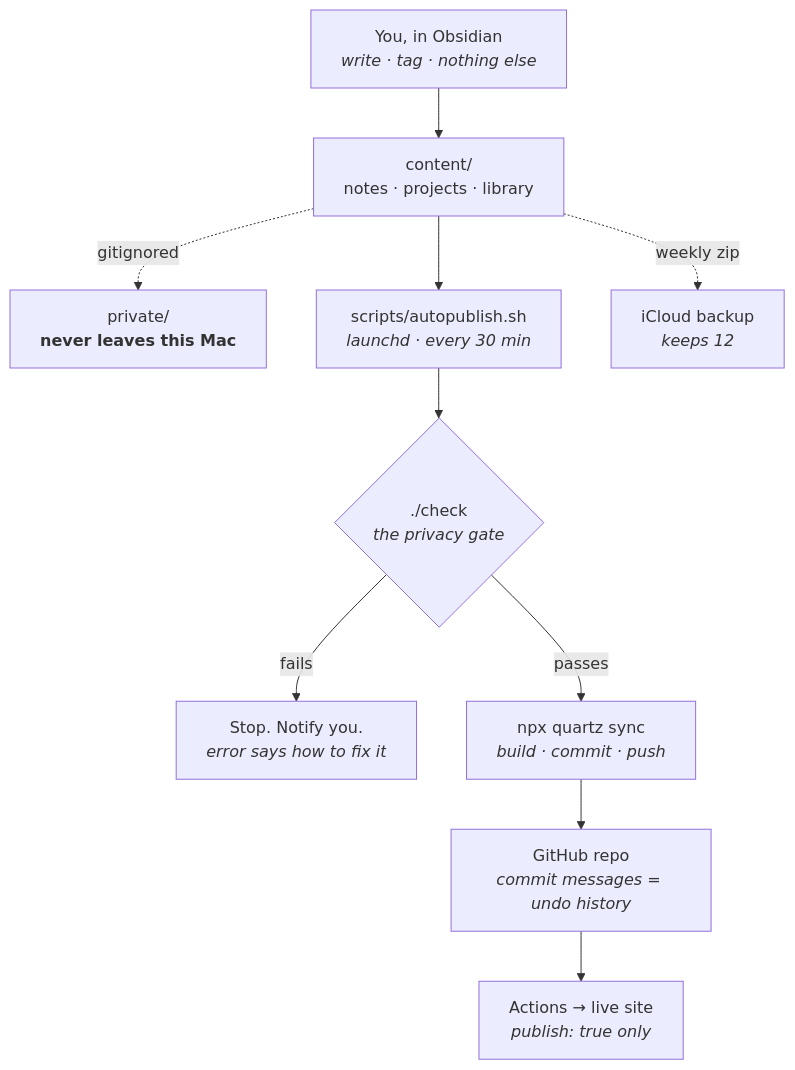
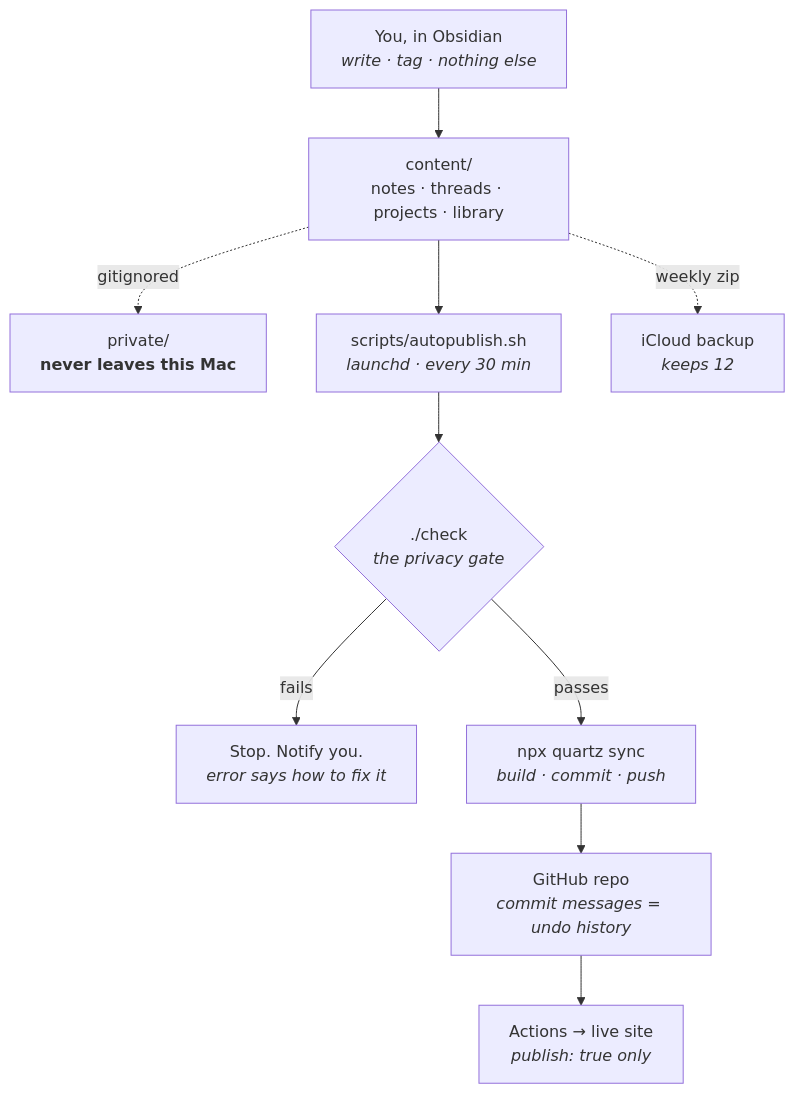
Before and after one commit to aliforgetti/aliforgetti.github.io: the diagram in VAULT.md, drawn with Mermaid. The commit also changed other lines of this file and 22 other files, not shown here.

Commit message:
root: ai-dev-frameworks-plots.html, index | library: The Snow Leopard, Touching the Void, index | notes: books-for-tumanguya, goals-as-directions, index, agent-memory-architecture,

````diff
--- a/VAULT.md
+++ b/VAULT.md
@@ -56,12 +56,12 @@
 ```mermaid
 flowchart TD
-    A["You, in Obsidian<br/><i>write · tag · nothing else</i>"] --> B["content/<br/>notes · projects · library"]
+    A["You, in Obsidian<br/><i>write · tag · nothing else</i>"] --> B["content/<br/>notes · threads · projects · library"]
     B -.->|gitignored| P["private/<br/><b>never leaves this Mac</b>"]
     B --> C["scripts/autopublish.sh<br/><i>launchd · every 30 min</i>"]
     C --> D{"./check<br/><i>the privacy gate</i>"}
     D -->|fails| E["Stop. Notify you.<br/><i>error says how to fix it</i>"]
     D -->|passes| F["npx quartz sync<br/><i>build · commit · push</i>"]
     F --> G["GitHub repo<br/><i>commit messages = undo history</i>"]
     G --> H["Actions → live site<br/><i>publish: true only</i>"]
     B -.->|weekly zip| I["iCloud backup<br/><i>keeps 12</i>"]
 ```
````
